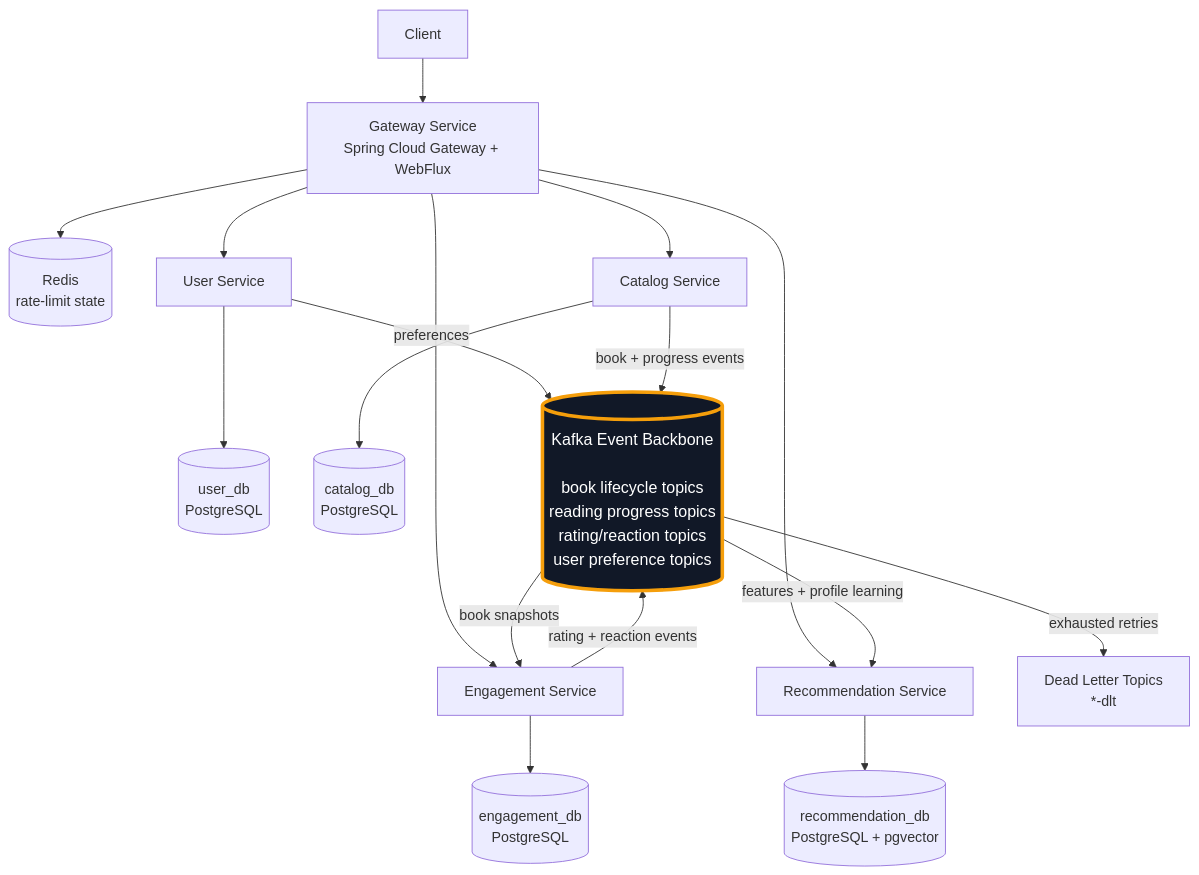
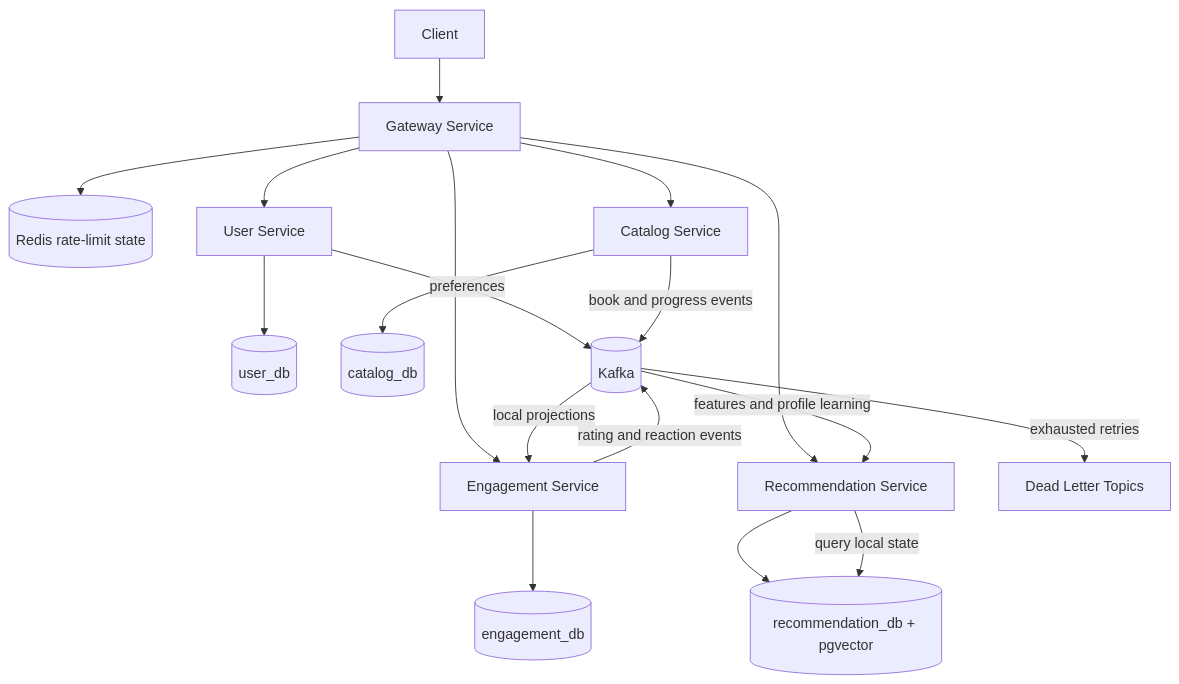
The diagram in README.md (Luca5Eckert/VellumHub), drawn with Mermaid before and after one commit. The commit also changed other lines of this file, not shown here.

````diff
--- a/README.md
+++ b/README.md
@@ -88,25 +49,24 @@
 ```mermaid
-graph TB
-    Client[Client] --> Gateway[Gateway Service\nSpring Cloud Gateway + WebFlux]
-    Gateway --> Redis[(Redis\nrate-limit state)]
-
+flowchart TB
+    Client[Client] --> Gateway[Gateway Service]
+    Gateway --> Redis[(Redis rate-limit state)]
     Gateway --> User[User Service]
     Gateway --> Catalog[Catalog Service]
     Gateway --> Engagement[Engagement Service]
     Gateway --> Recommendation[Recommendation Service]
 
-    User --> UserDb[(user_db\nPostgreSQL)]
-    Catalog --> CatalogDb[(catalog_db\nPostgreSQL)]
-    Engagement --> EngagementDb[(engagement_db\nPostgreSQL)]
-    Recommendation --> RecommendationDb[(recommendation_db\nPostgreSQL + pgvector)]
+    User --> UserDb[(user_db)]
+    Catalog --> CatalogDb[(catalog_db)]
+    Engagement --> EngagementDb[(engagement_db)]
+    Recommendation --> RecommendationDb[(recommendation_db + pgvector)]
 
-    User -->|preferences| Kafka[(Kafka Event Backbone\n\nbook lifecycle topics\nreading progress topics\nrating/reaction topics\nuser preference topics)]
-    Catalog -->|book + progress events| Kafka
-    Engagement -->|rating + reaction events| Kafka
+    User -->|preferences| Kafka[(Kafka)]
+    Catalog -->|book and progress events| Kafka
+    Engagement -->|rating and reaction events| Kafka
 
-    Kafka -->|book snapshots| Engagement
-    Kafka -->|features + profile learning| Recommendation
-    Kafka -->|exhausted retries| Dlt[Dead Letter Topics\n*-dlt]
+    Kafka -->|local projections| Engagement
+    Kafka -->|features and profile learning| Recommendation
+    Kafka -->|exhausted retries| DLT[Dead Letter Topics]
 
-    style Kafka fill:#111827,color:#ffffff,stroke:#f59e0b,stroke-width:4px,font-size:18px
+    Recommendation -->|query local state| RecommendationDb
 ```
````
